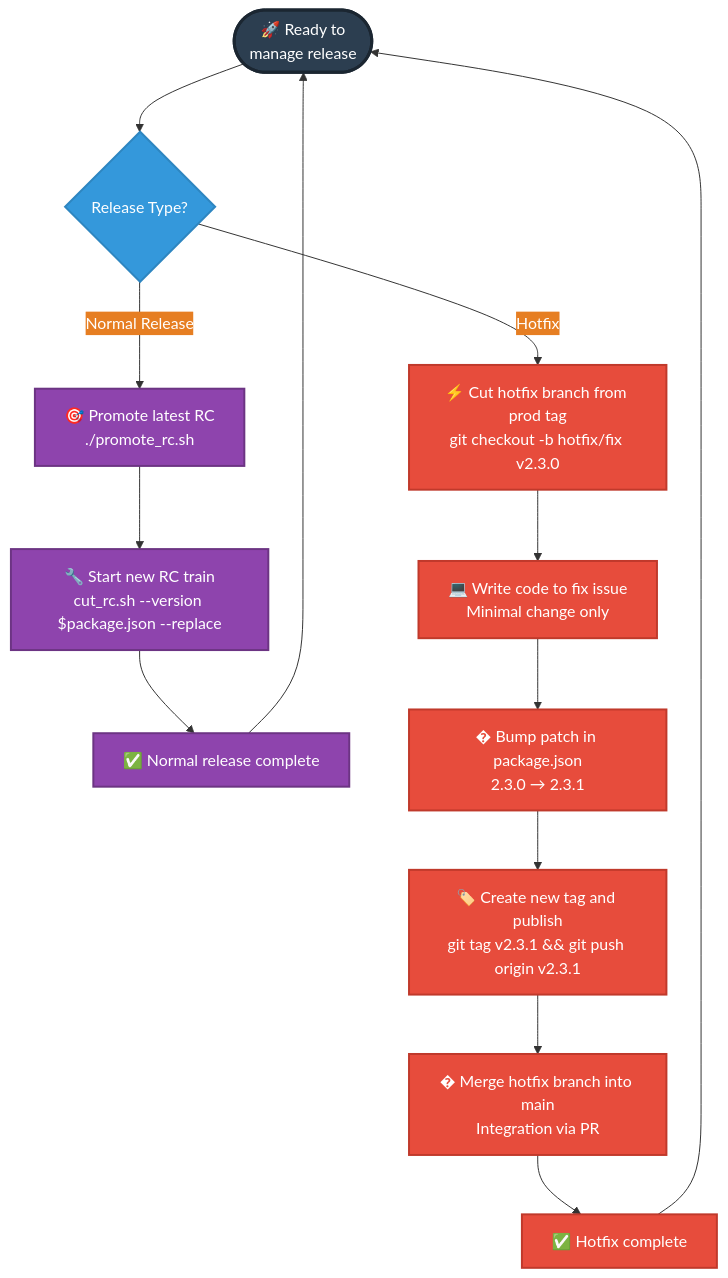
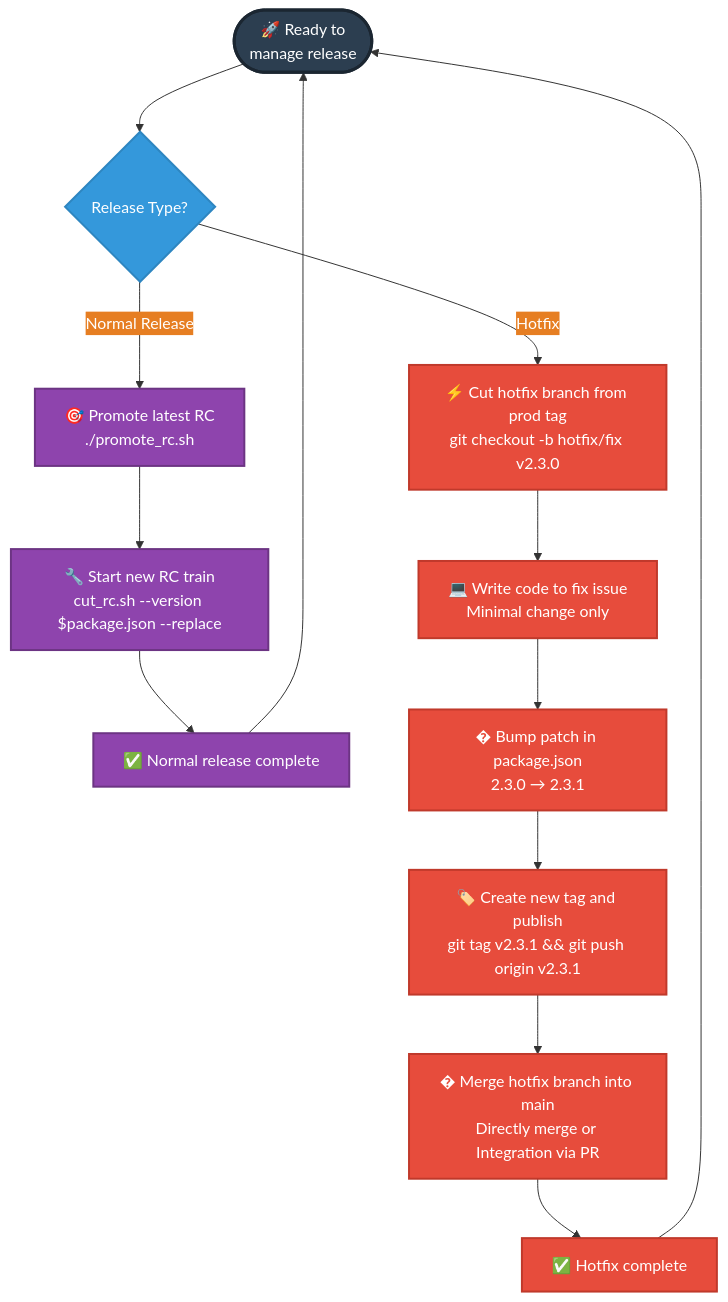
The second of 2 diagrams in README.md (adsupnow/cliq-rc-scripts), drawn with Mermaid before and after one commit. The commit also changed other lines of this file, not shown here.

Commit message:
small update

````diff
--- a/README.md
+++ b/README.md
@@ -57,32 +57,32 @@
 ```mermaid
 %%{init: {'theme':'base', 'themeVariables': { 'primaryColor': '#8E44AD', 'primaryTextColor': '#ffffff', 'primaryBorderColor': '#8E44AD', 'lineColor': '#333333', 'secondaryColor': '#E67E22', 'tertiaryColor': '#27AE60', 'background': '#ffffff', 'mainBkg': '#ffffff'}, 'flowchart': {'nodeSpacing': 50, 'rankSpacing': 60}}}%%
 flowchart TD
     Start([🚀 Ready to<br/>manage release]) --> ReleaseType{Release Type?}
     
     %% Normal Release Path
     ReleaseType -->|Normal Release| PromoteRC[🎯 Promote latest RC<br/>./promote_rc.sh]
     PromoteRC --> StartNewTrain[🔧 Start new RC train<br/>cut_rc.sh --version $package.json --replace]
     StartNewTrain --> NormalComplete[✅ Normal release complete]
     NormalComplete --> Start
     
     %% Hotfix Path  
     ReleaseType -->|Hotfix| CutHotfix[⚡ Cut hotfix branch from prod tag<br/>git checkout -b hotfix/fix v2.3.0]
     CutHotfix --> WriteCode[💻 Write code to fix issue<br/>Minimal change only]
     WriteCode --> BumpPatch[� Bump patch in package.json<br/>2.3.0 → 2.3.1]
     BumpPatch --> CreateTag[🏷️ Create new tag and publish<br/>git tag v2.3.1 && git push origin v2.3.1]
-    CreateTag --> MergeHotfix[� Merge hotfix branch into main<br/>Integration via PR]
+    CreateTag --> MergeHotfix[� Merge hotfix branch into main<br/>Directly merge or Integration via PR]
     MergeHotfix --> HotfixComplete[✅ Hotfix complete]
     HotfixComplete --> Start
     
     %% Styling
     classDef engineerNode fill:#8E44AD,stroke:#6C3483,stroke-width:2px,color:#ffffff
     classDef hotfixNode fill:#E74C3C,stroke:#C0392B,stroke-width:2px,color:#ffffff
     classDef processNode fill:#E67E22,stroke:#CA6F1E,stroke-width:2px,color:#ffffff
     classDef decisionNode fill:#3498DB,stroke:#2E86C1,stroke-width:2px,color:#ffffff
     classDef startEndNode fill:#2C3E50,stroke:#1B2631,stroke-width:3px,color:#ffffff
     
     class Start startEndNode
     class PromoteRC,StartNewTrain,NormalComplete engineerNode
     class CutHotfix,WriteCode,BumpPatch,CreateTag,MergeHotfix,HotfixComplete hotfixNode
     class ReleaseType decisionNode
 ```
````
